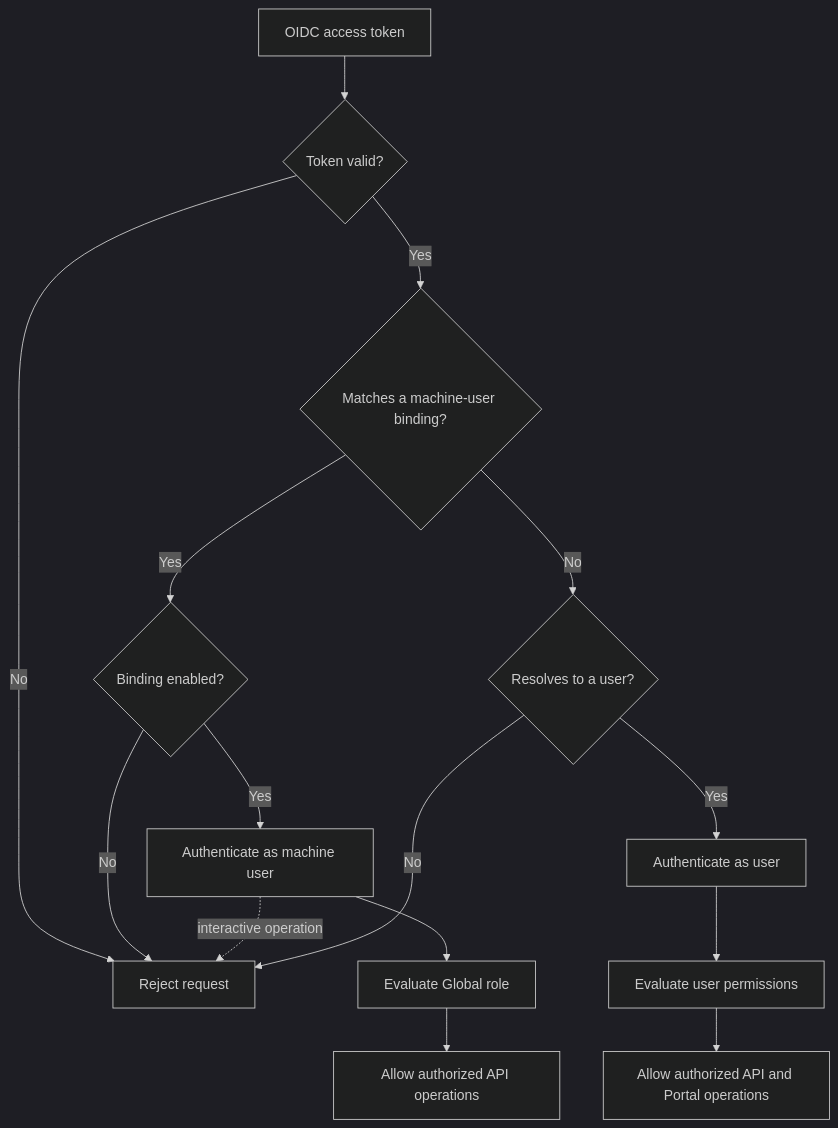
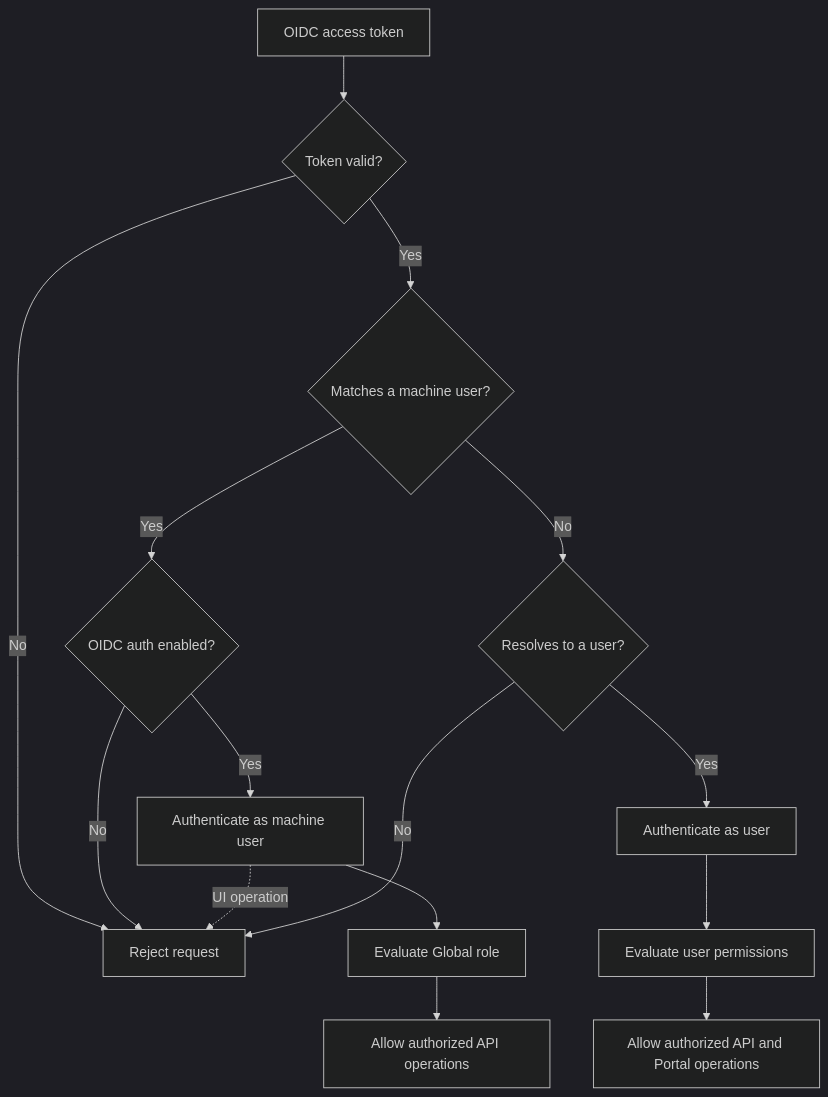
One commit to conveyordata/data-product-portal changed the first of 2 diagrams in docs/adr/0026-allow-machine-users-auth-to-api.md. Above: the diagram before and after it, drawn with Mermaid (dark theme). The commit also changed other lines of this file, not shown here.

````diff
--- a/docs/adr/0026-allow-machine-users-auth-to-api.md
+++ b/docs/adr/0026-allow-machine-users-auth-to-api.md
@@ -38,20 +44,20 @@
 ```mermaid
 flowchart TD
     Token[OIDC access token] --> Validate{Token valid?}
 
     Validate -->|No| Reject[Reject request]
-    Validate -->|Yes| MachineBinding{Matches a machine-user binding?}
+    Validate -->|Yes| MachineIdentity{Matches a machine user?}
 
-    MachineBinding -->|Yes| MachineEnabled{Binding enabled?}
+    MachineIdentity -->|Yes| MachineEnabled{OIDC auth enabled?}
     MachineEnabled -->|No| Reject
     MachineEnabled -->|Yes| MachineUser[Authenticate as machine user]
     MachineUser --> MachineRole[Evaluate Global role]
     MachineRole --> API[Allow authorized API operations]
-    MachineUser -. interactive operation .-> Reject
+    MachineUser -. UI operation .-> Reject
 
-    MachineBinding -->|No| UserIdentity{Resolves to a user?}
+    MachineIdentity -->|No| UserIdentity{Resolves to a user?}
     UserIdentity -->|No| Reject
     UserIdentity -->|Yes| User[Authenticate as user]
     User --> UserRole[Evaluate user permissions]
     UserRole --> Portal[Allow authorized API and Portal operations]
 ```
````
